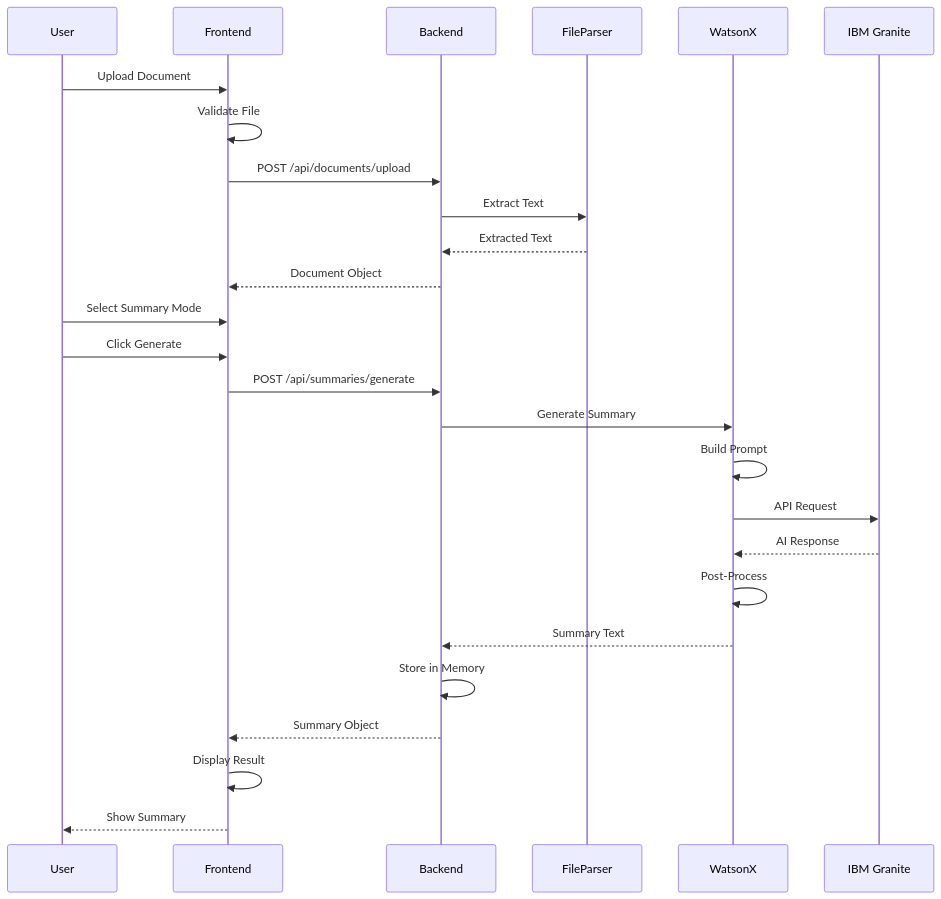
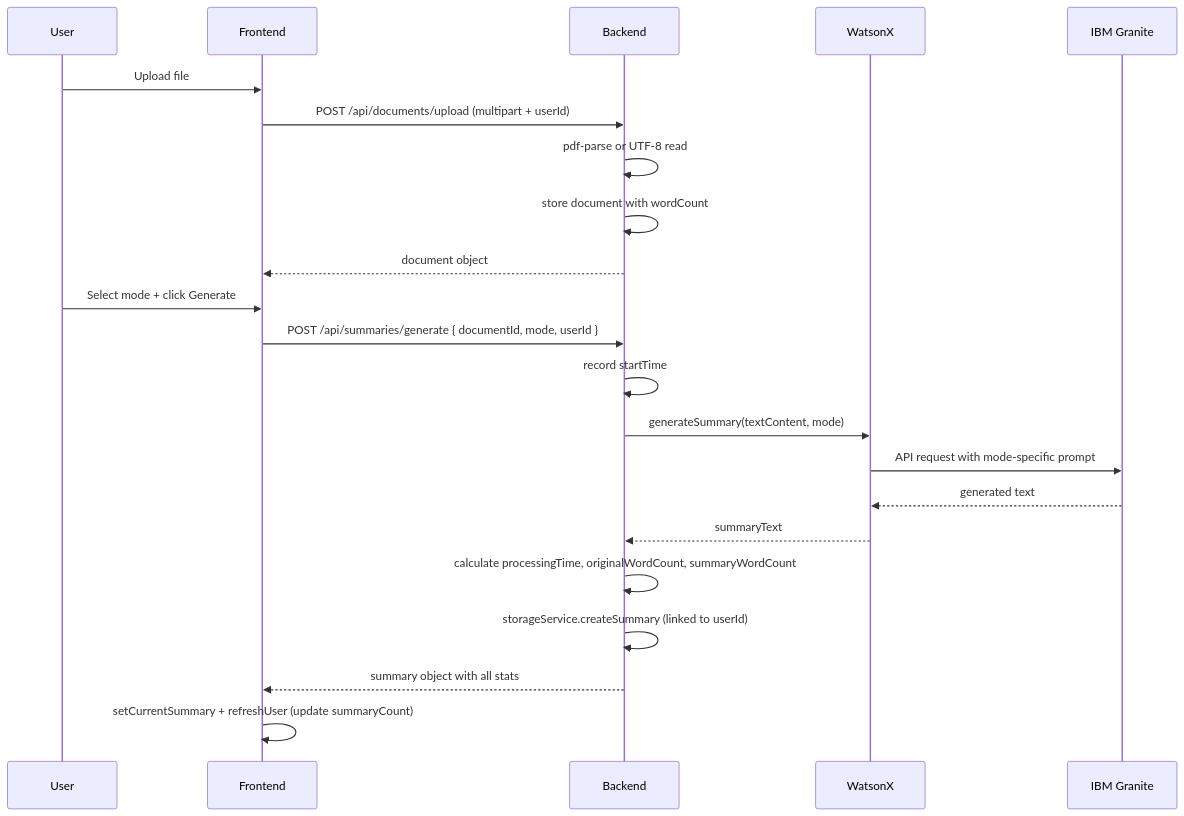
Before and after one commit to fernmoraes/DesafioTecnico_IBM: the second of 5 diagrams in ARCHITECTURE.md, drawn with Mermaid. The commit also changed other lines of this file and 3 other files, not shown here.

````diff
--- a/ARCHITECTURE.md
+++ b/ARCHITECTURE.md
@@ -47,30 +66,26 @@
 ```mermaid
 sequenceDiagram
     participant User
     participant Frontend
     participant Backend
-    participant FileParser
     participant WatsonX
     participant IBM as IBM Granite
 
-    User->>Frontend: Upload Document
-    Frontend->>Frontend: Validate File
-    Frontend->>Backend: POST /api/documents/upload
-    Backend->>FileParser: Extract Text
-    FileParser-->>Backend: Extracted Text
-    Backend-->>Frontend: Document Object
-    
-    User->>Frontend: Select Summary Mode
-    User->>Frontend: Click Generate
-    Frontend->>Backend: POST /api/summaries/generate
-    Backend->>WatsonX: Generate Summary
-    WatsonX->>WatsonX: Build Prompt
-    WatsonX->>IBM: API Request
-    IBM-->>WatsonX: AI Response
-    WatsonX->>WatsonX: Post-Process
-    WatsonX-->>Backend: Summary Text
-    Backend->>Backend: Store in Memory
-    Backend-->>Frontend: Summary Object
-    Frontend->>Frontend: Display Result
-    Frontend-->>User: Show Summary
+    User->>Frontend: Upload file
+    Frontend->>Backend: POST /api/documents/upload (multipart + userId)
+    Backend->>Backend: pdf-parse or UTF-8 read
+    Backend->>Backend: store document with wordCount
+    Backend-->>Frontend: document object
+
+    User->>Frontend: Select mode + click Generate
+    Frontend->>Backend: POST /api/summaries/generate { documentId, mode, userId }
+    Backend->>Backend: record startTime
+    Backend->>WatsonX: generateSummary(textContent, mode)
+    WatsonX->>IBM: API request with mode-specific prompt
+    IBM-->>WatsonX: generated text
+    WatsonX-->>Backend: summaryText
+    Backend->>Backend: calculate processingTime, originalWordCount, summaryWordCount
+    Backend->>Backend: storageService.createSummary (linked to userId)
+    Backend-->>Frontend: summary object with all stats
+    Frontend->>Frontend: setCurrentSummary + refreshUser (update summaryCount)
 ```
````
